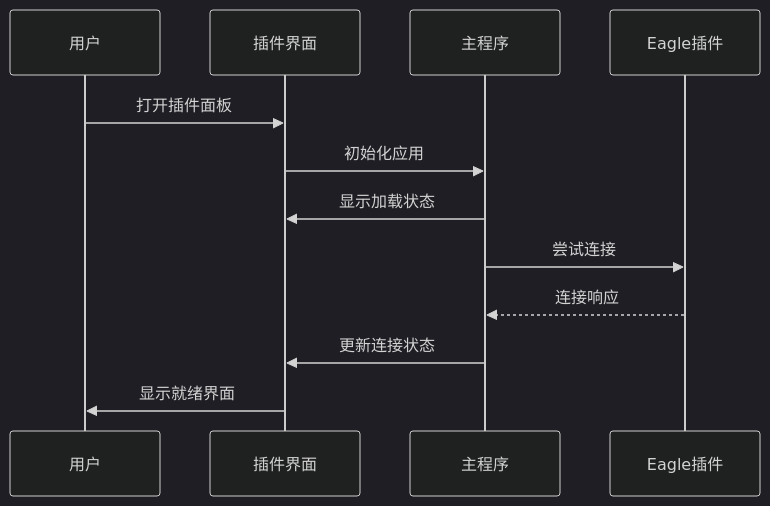
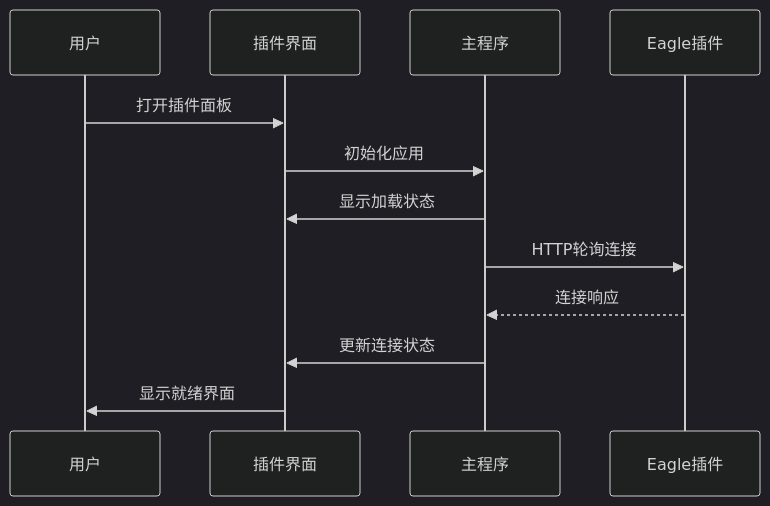
One commit to yancongya/Eagle2Ae changed the diagram in apps/eagle2ae_docs/ae/development/ui-interaction-guide.md. Above: the diagram before and after it, drawn with Mermaid (dark theme). The commit also changed other lines of this file and 217 other files, not shown here.

````diff
--- a/apps/eagle2ae_docs/ae/development/ui-interaction-guide.md
+++ b/apps/eagle2ae_docs/ae/development/ui-interaction-guide.md
@@ -11,15 +13,15 @@
 ```mermaid
 sequenceDiagram
     participant User as 用户
     participant UI as 插件界面
     participant Main as 主程序
     participant Eagle as Eagle插件
     
     User->>UI: 打开插件面板
     UI->>Main: 初始化应用
     Main->>UI: 显示加载状态
-    Main->>Eagle: 尝试连接
+    Main->>Eagle: HTTP轮询连接
     Eagle-->>Main: 连接响应
     Main->>UI: 更新连接状态
     UI->>User: 显示就绪界面
 ```
````
